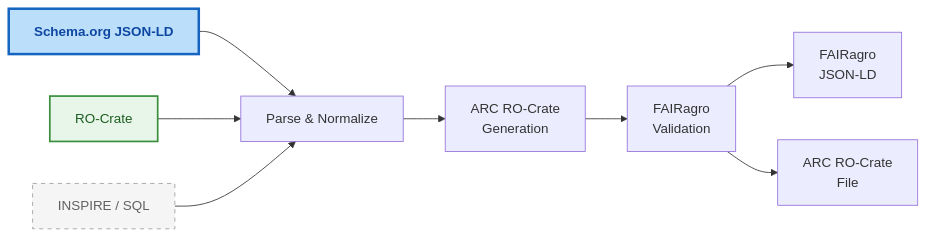
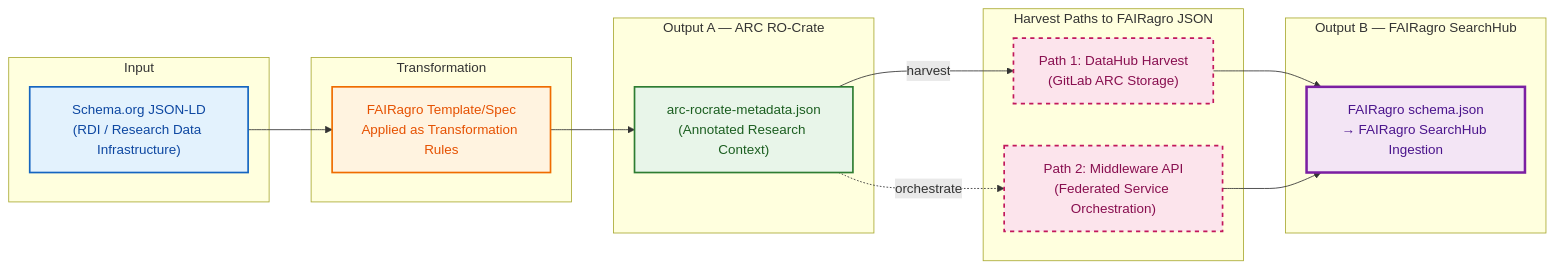
The first of 3 diagrams in docs/slides/fairst-workflow-slides.md (jorgitogb/fairweaver), drawn with Mermaid before and after one commit. The commit also changed other lines of this file and 1 other file, not shown here.

Commit message:
feat(demo): add new demo ARC RO-Crate metadata for Münchenberg LTE and update metadata modeling slides

````diff
--- a/docs/slides/fairst-workflow-slides.md
+++ b/docs/slides/fairst-workflow-slides.md
@@ -7,14 +7,42 @@
 ```mermaid
 flowchart LR
-    S["<b>Schema.org JSON-LD</b>"]:::primary --> P["Parse & Normalize"]
-    R["RO-Crate"]:::supported --> P
-    O["INSPIRE / SQL"]:::other --> P
-    P --> C["ARC RO-Crate<br/>Generation"]
-    C --> V["FAIRagro<br/>Validation"]
-    V --> J["FAIRagro<br/>JSON-LD"]
-    V --> F["ARC RO-Crate<br/>File"]
+    subgraph INPUT["Input"]
+        I["Schema.org JSON-LD<br/>(RDI / Research Data Infrastructure)"]
+    end
 
-    classDef primary fill:#bbdefb,stroke:#1565c0,stroke-width:3px,color:#0d47a1
-    classDef supported fill:#e8f5e9,stroke:#388e3c,stroke-width:2px,color:#1b5e20
-    classDef other fill:#f5f5f5,stroke:#9e9e9e,stroke-dasharray: 5 5,color:#616161
+    subgraph TRANSFORM["Transformation"]
+        T["FAIRagro Template/Spec<br/>Applied as Transformation Rules"]
+    end
+
+    subgraph OUTPUT_A["Output A — ARC RO-Crate"]
+        A["arc-rocrate-metadata.json<br/>(Annotated Research Context)"]
+    end
+
+    subgraph HARVEST["Harvest Paths to FAIRagro JSON"]
+        H1["Path 1: DataHub Harvest<br/>(GitLab ARC Storage)"]
+        H2["Path 2: Middleware API<br/>(Federated Service Orchestration)"]
+    end
+
+    subgraph OUTPUT_B["Output B — FAIRagro SearchHub"]
+        B["FAIRagro schema.json<br/>→ FAIRagro SearchHub Ingestion"]
+    end
+
+    I --> T
+    T --> A
+    A -->|harvest| H1
+    A -.->|orchestrate| H2
+    H1 --> B
+    H2 --> B
+
+    classDef in fill:#e3f2fd,stroke:#1565c0,stroke-width:2px,color:#0d47a1
+    classDef trans fill:#fff3e0,stroke:#ef6c00,stroke-width:2px,color:#e65100
+    classDef outa fill:#e8f5e9,stroke:#2e7d32,stroke-width:2px,color:#1b5e20
+    classDef harvest fill:#fce4ec,stroke:#c2185b,stroke-width:2px,stroke-dasharray: 5 5,color:#880e4f
+    classDef outb fill:#f3e5f5,stroke:#7b1fa2,stroke-width:3px,color:#4a148c
+
+    class I in
+    class T trans
+    class A outa
+    class H1,H2 harvest
+    class B outb
 ```
````
